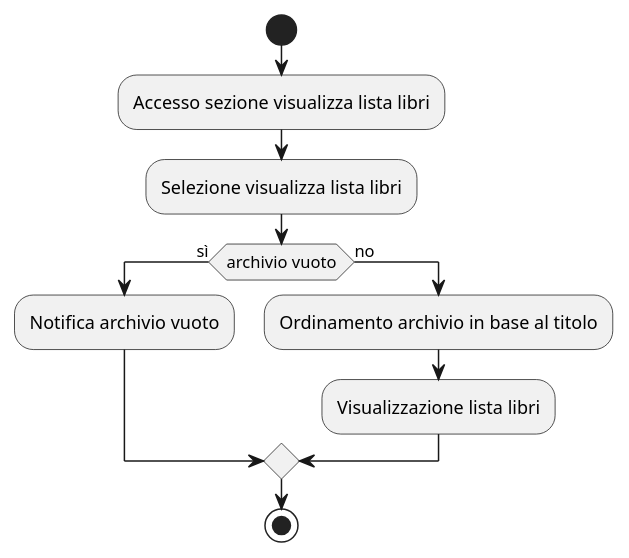
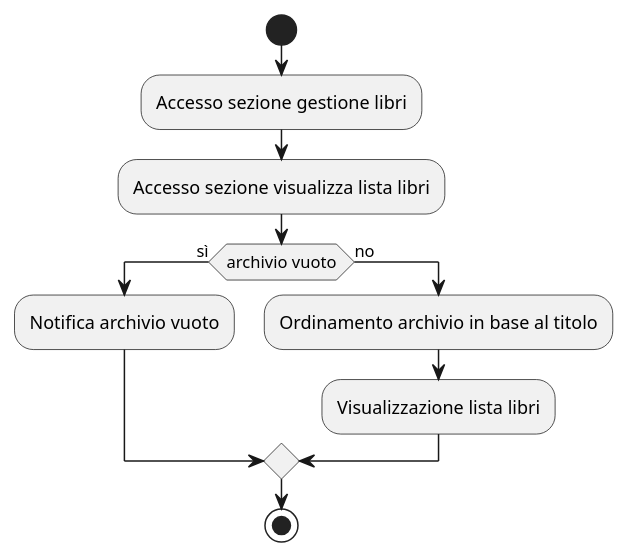
The diagram in Progettazione/AllDiagramsCode/ActivityDiagramsCode/VisualizzazioneListaLibri.wsd (amalinconico6-cpu/Biblioteca_universitaria_10), drawn with PlantUML before and after one commit. The commit also changed 19 other files, not shown here.

```diff
--- a/Progettazione/AllDiagramsCode/ActivityDiagramsCode/VisualizzazioneListaLibri.wsd
+++ b/Progettazione/AllDiagramsCode/ActivityDiagramsCode/VisualizzazioneListaLibri.wsd
@@ -1,12 +1,12 @@
 @startuml VisualizzazioneListaLibri
 start 
+:Accesso sezione gestione libri;
 :Accesso sezione visualizza lista libri;
-:Selezione visualizza lista libri;
 if(archivio vuoto) then (sì)
 :Notifica archivio vuoto;
 else (no)
 :Ordinamento archivio in base al titolo;
 :Visualizzazione lista libri;
 endif
 stop 
 @enduml 
```
